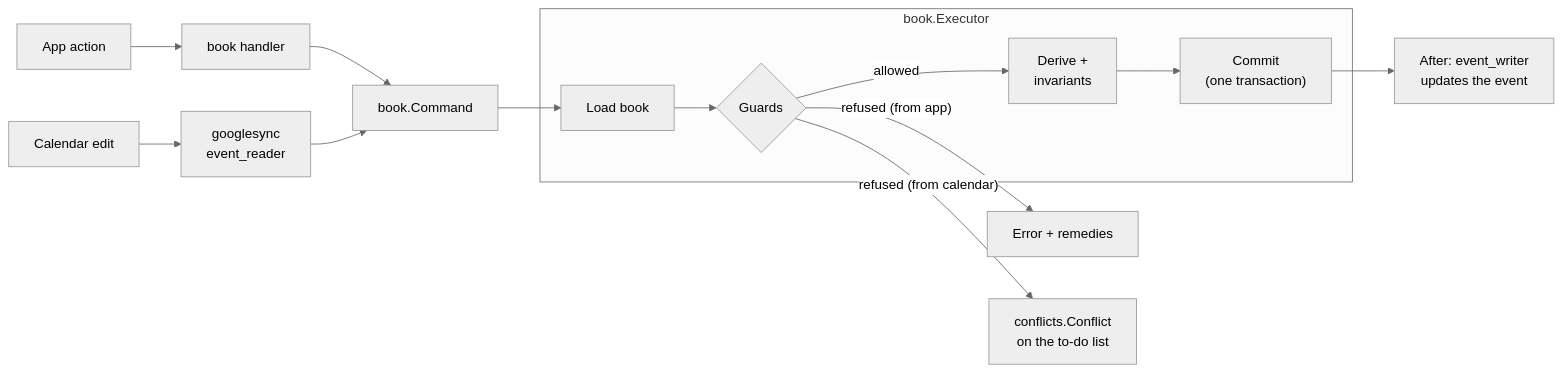
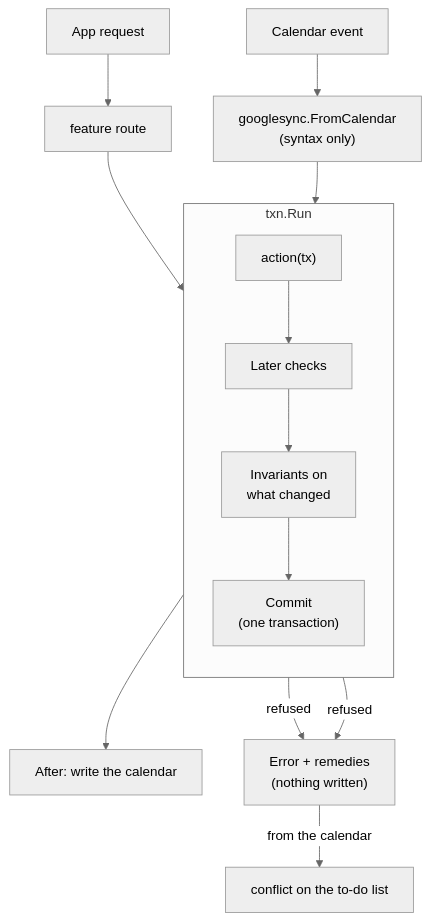
One commit to hozhuyi-dev/bizzy changed the diagram in README.md. Above: the diagram before and after it, drawn with Mermaid (neutral theme). The commit also changed other lines of this file and 261 other files, not shown here.

````diff
--- a/README.md
+++ b/README.md
@@ -49,15 +61,15 @@
 ```mermaid
-flowchart LR
-  app["App action"] --> handler["book handler"]
-  cal["Calendar edit"] --> reader["googlesync<br/>event_reader"]
-  handler --> cmd["book.Command"]
-  reader --> cmd
-  subgraph exec["book.Executor"]
-    load["Load book"] --> decide{"Guards"}
-    decide -- allowed --> derive["Derive +<br/>invariants"] --> commit["Commit<br/>(one transaction)"]
+flowchart TD
+  app["App request"] --> handler["feature route"]
+  cal["Calendar event"] --> tr["googlesync.FromCalendar<br/>(syntax only)"]
+  handler --> action["action(tx)"]
+  tr --> action
+  subgraph run["txn.Run"]
+    direction TB
+    action --> later["Later checks"] --> inv["Invariants on<br/>what changed"] --> commit["Commit<br/>(one transaction)"]
   end
-  cmd --> load
-  commit --> after["After: event_writer<br/>updates the event"]
-  decide -- "refused (from app)" --> err["Error + remedies"]
-  decide -- "refused (from calendar)" --> conflict["conflicts.Conflict<br/>on the to-do list"]
+  commit --> after["After: write the calendar"]
+  action -- "refused" --> err["Error + remedies<br/>(nothing written)"]
+  later -- "refused" --> err
+  err -- "from the calendar" --> conflict["conflict on the to-do list"]
 ```
````
